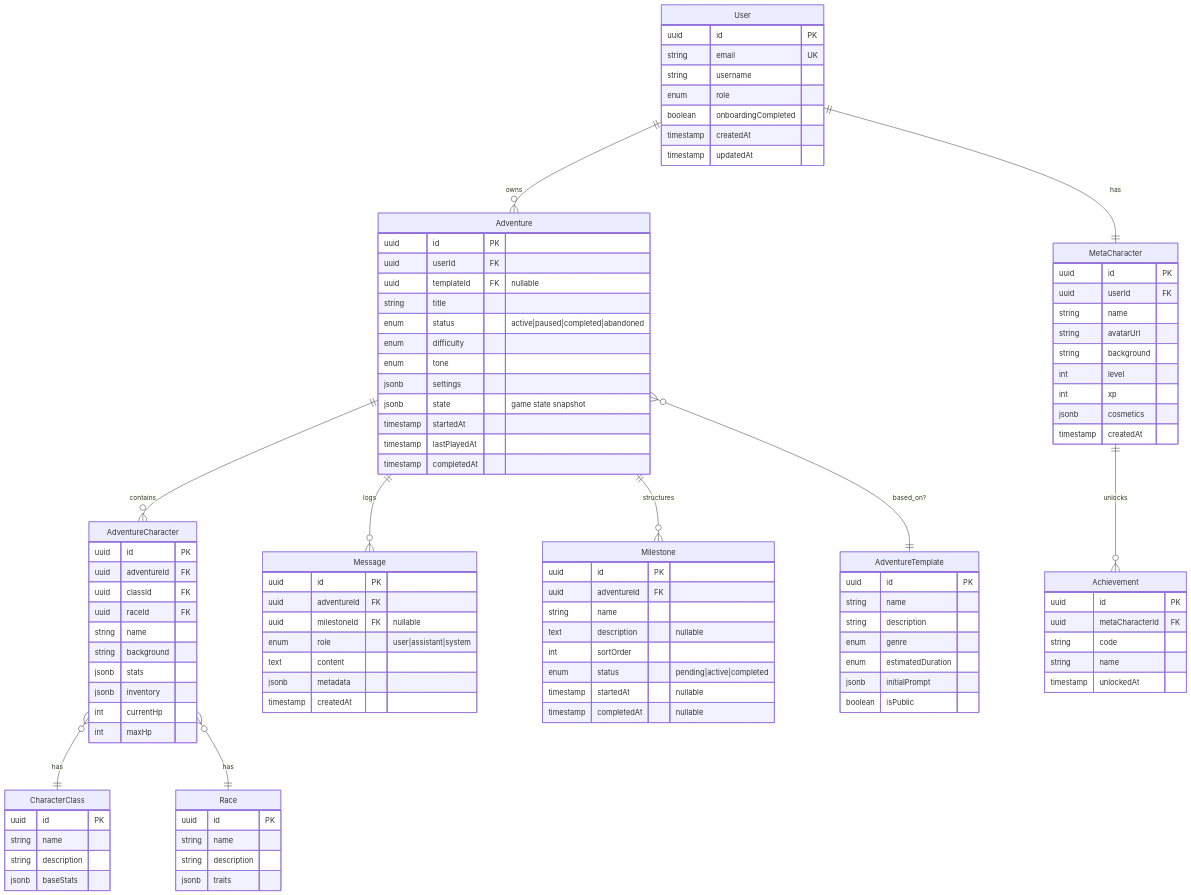
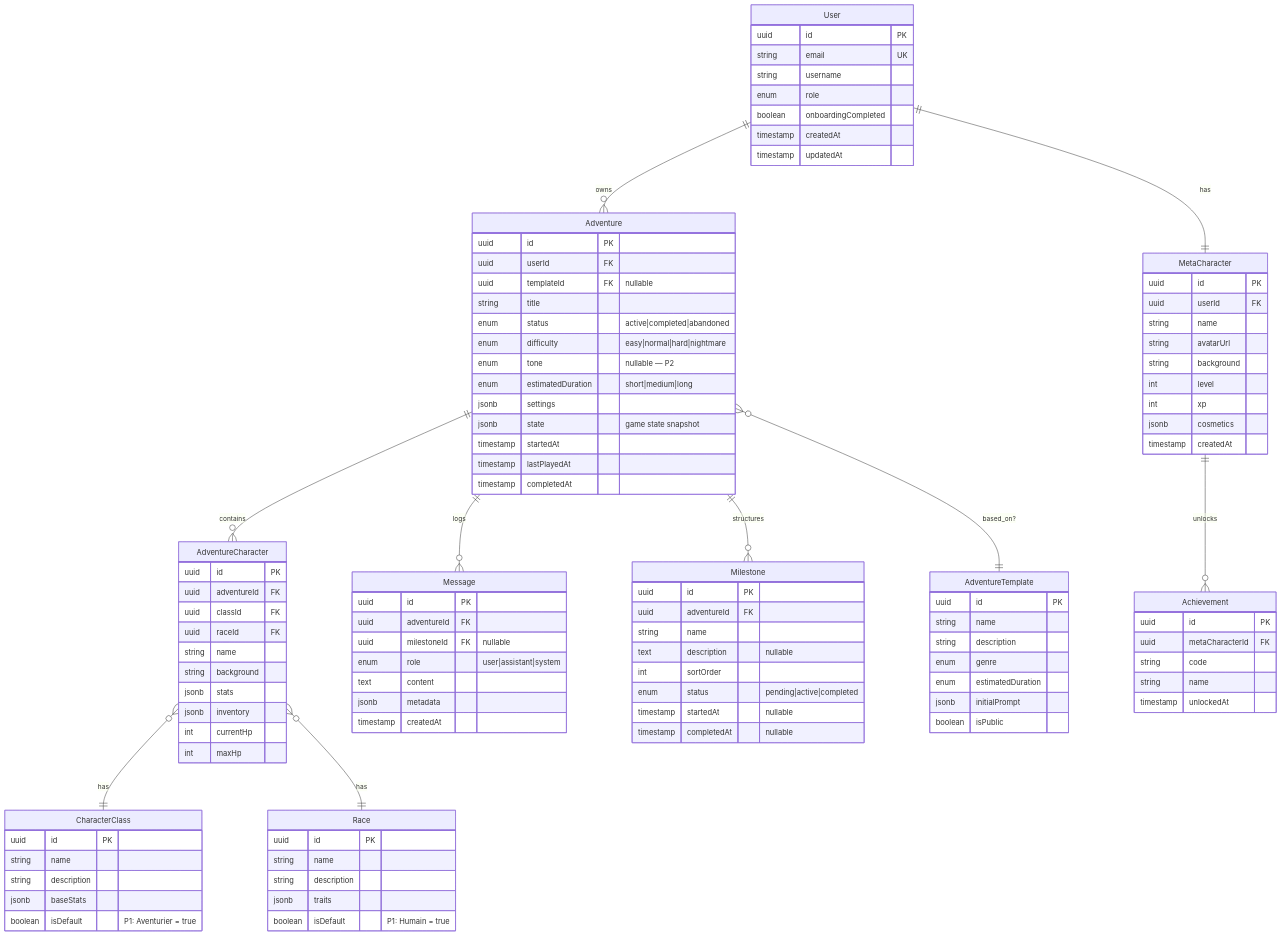
Before and after one commit to StrangeKd/jdrai: the diagram in docs/architecture/data-models.md, drawn with Mermaid. The commit also changed other lines of this file and 12 other files, not shown here.

```diff
--- a/docs/architecture/data-models.md
+++ b/docs/architecture/data-models.md
@@ -45,9 +45,10 @@
         uuid userId FK
         uuid templateId FK "nullable"
         string title
-        enum status "active|paused|completed|abandoned"
-        enum difficulty
-        enum tone
+        enum status "active|completed|abandoned"
+        enum difficulty "easy|normal|hard|nightmare"
+        enum tone "nullable — P2"
+        enum estimatedDuration "short|medium|long"
         jsonb settings
         jsonb state "game state snapshot"
         timestamp startedAt
@@ -94,6 +95,7 @@
         string name
         string description
         jsonb baseStats
+        boolean isDefault "P1: Aventurier = true"
     }
 
     Race {
@@ -101,6 +103,7 @@
         string name
         string description
         jsonb traits
+        boolean isDefault "P1: Humain = true"
     }
 
     AdventureTemplate {
```
